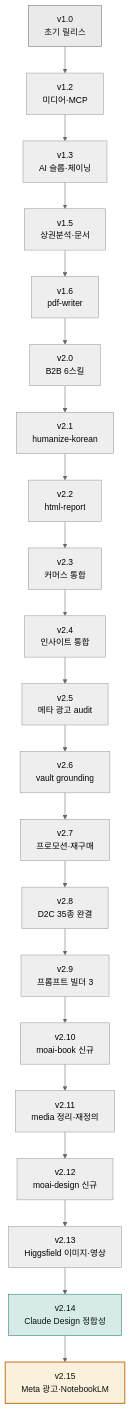
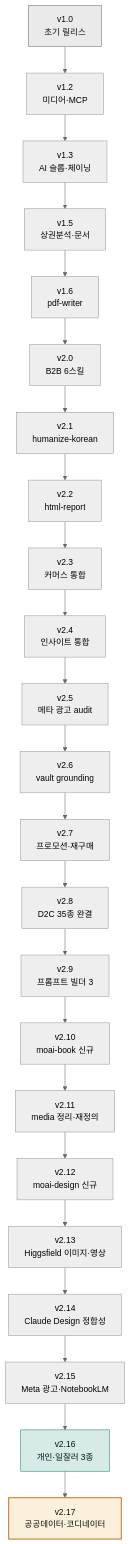
Before and after one commit to modu-ai/claude: the diagram in content/releases/_index.md, drawn with Mermaid (neutral theme). The commit also changed other lines of this file and 13 other files, not shown here.

````diff
--- a/content/releases/_index.md
+++ b/content/releases/_index.md
@@ -9,27 +9,29 @@
 ```mermaid
 flowchart TD
     V10["v1.0<br/>초기 릴리스"] --> V12["v1.2<br/>미디어·MCP"]
     V12 --> V13["v1.3<br/>AI 슬롭·체이닝"]
     V13 --> V15["v1.5<br/>상권분석·문서"]
     V15 --> V16["v1.6<br/>pdf-writer"]
     V16 --> V20["v2.0<br/>B2B 6스킬"]
     V20 --> V21["v2.1<br/>humanize-korean"]
     V21 --> V22["v2.2<br/>html-report"]
     V22 --> V23["v2.3<br/>커머스 통합"]
     V23 --> V24["v2.4<br/>인사이트 통합"]
     V24 --> V25["v2.5<br/>메타 광고 audit"]
     V25 --> V26["v2.6<br/>vault grounding"]
     V26 --> V27["v2.7<br/>프로모션·재구매"]
     V27 --> V28["v2.8<br/>D2C 35종 완결"]
     V28 --> V29["v2.9<br/>프롬프트 빌더 3"]
     V29 --> V210["v2.10<br/>moai-book 신규"]
     V210 --> V211["v2.11<br/>media 정리·재정의"]
     V211 --> V212["v2.12<br/>moai-design 신규"]
     V212 --> V213["v2.13<br/>Higgsfield 이미지·영상"]
     V213 --> V214["v2.14<br/>Claude Design 정합성"]
     V214 --> V215["v2.15<br/>Meta 광고·NotebookLM"]
+    V215 --> V216["v2.16<br/>개인·일잘러 3종"]
+    V216 --> V217["v2.17<br/>공공데이터·코디네이터"]
 
     style V10 fill:#eaeaea,stroke:#6e6e6e,color:#09110f
-    style V214 fill:#d6ebe7,stroke:#1c7c70,color:#09110f
-    style V215 fill:#fbf0dc,stroke:#c47b2a,stroke-width:2px,color:#09110f
+    style V216 fill:#d6ebe7,stroke:#1c7c70,color:#09110f
+    style V217 fill:#fbf0dc,stroke:#c47b2a,stroke-width:2px,color:#09110f
 ```
````
